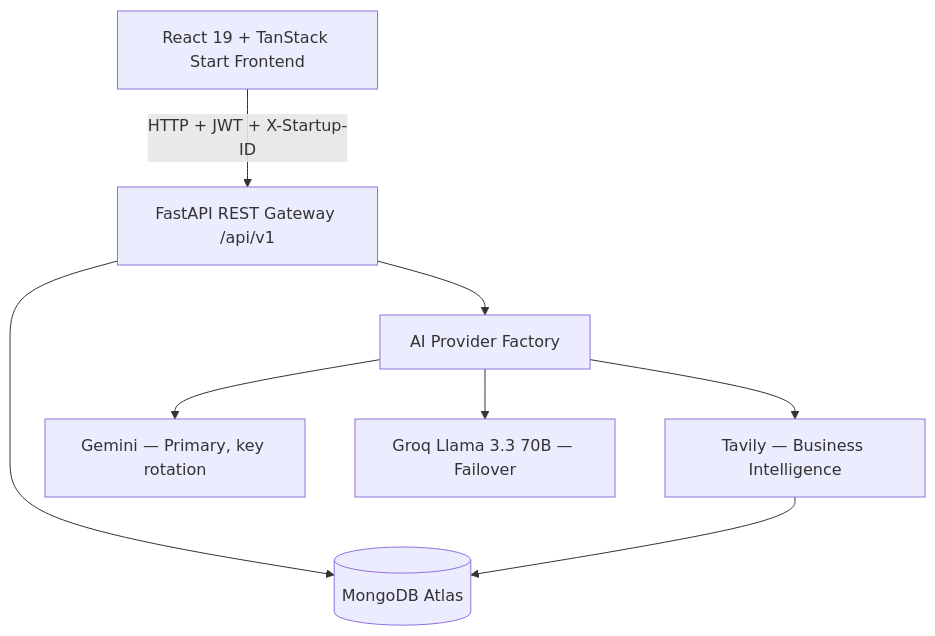
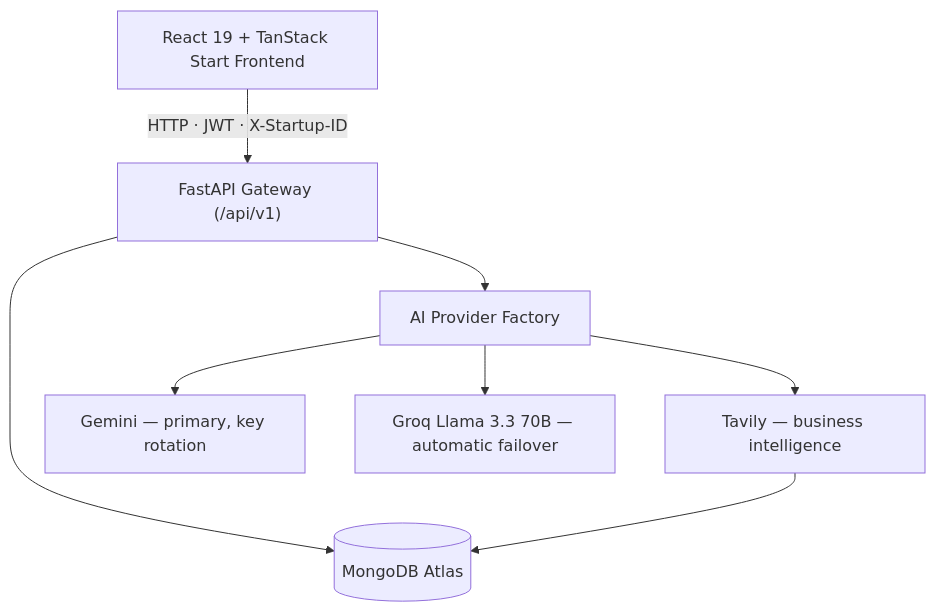
One commit to Vamshikrishna0372/AI-Business-Strategy-Copilot changed the first of 3 diagrams in README.md. Above: the diagram before and after it, drawn with Mermaid. The commit also changed other lines of this file, not shown here.

````diff
--- a/README.md
+++ b/README.md
@@ -117,10 +163,10 @@
 ```mermaid
 flowchart TD
-    A[React 19 + TanStack Start Frontend] -->|HTTP + JWT + X-Startup-ID| B[FastAPI REST Gateway /api/v1]
-    B --> C[(MongoDB Atlas)]
-    B --> D[AI Provider Factory]
-    D --> E[Gemini — Primary, key rotation]
-    D --> F[Groq Llama 3.3 70B — Failover]
-    D --> G[Tavily — Business Intelligence]
+    A["React 19 + TanStack Start Frontend"] -->|"HTTP · JWT · X-Startup-ID"| B["FastAPI Gateway (/api/v1)"]
+    B --> C[("MongoDB Atlas")]
+    B --> D["AI Provider Factory"]
+    D --> E["Gemini — primary, key rotation"]
+    D --> F["Groq Llama 3.3 70B — automatic failover"]
+    D --> G["Tavily — business intelligence"]
     G --> C
 ```
````
